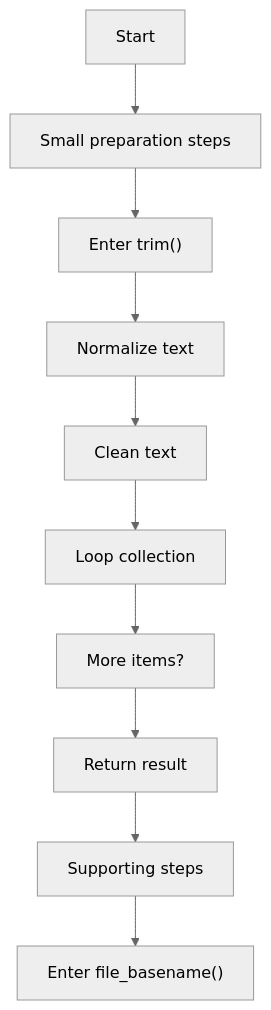
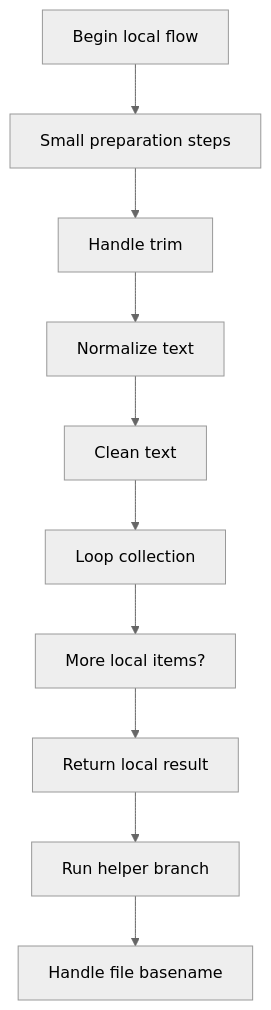
Before and after one commit to JohnAndrewBalbarosa/NeoTerritory: the first of 9 diagrams in docs/Codebase/Microservice/Modules/Source/HashingMechanism/HashLinks/Common/Flow/hash_links_common_program_flow.cpp.md, drawn with Mermaid (neutral theme). The commit also changed other lines of this file and 925 other files, not shown here.

````diff
--- a/docs/Codebase/Microservice/Modules/Source/HashingMechanism/HashLinks/Common/Flow/hash_links_common_program_flow.cpp.md
+++ b/docs/Codebase/Microservice/Modules/Source/HashingMechanism/HashLinks/Common/Flow/hash_links_common_program_flow.cpp.md
@@ -15,22 +15,22 @@
 ```mermaid
 flowchart TD
-    N0["Start"]
+    N0["Begin local flow"]
     N1["Small preparation steps"]
-    N2["Enter trim()"]
+    N2["Handle trim"]
     N3["Normalize text"]
     N4["Clean text"]
     N5["Loop collection"]
-    N6["More items?"]
-    N7["Return result"]
-    N8["Supporting steps"]
-    N9["Enter file_basename()"]
+    N6["More local items?"]
+    N7["Return local result"]
+    N8["Run helper branch"]
+    N9["Handle file basename"]
     N0 --> N1
     N1 --> N2
     N2 --> N3
     N3 --> N4
     N4 --> N5
     N5 --> N6
     N6 --> N7
     N7 --> N8
     N8 --> N9
 ```
````
